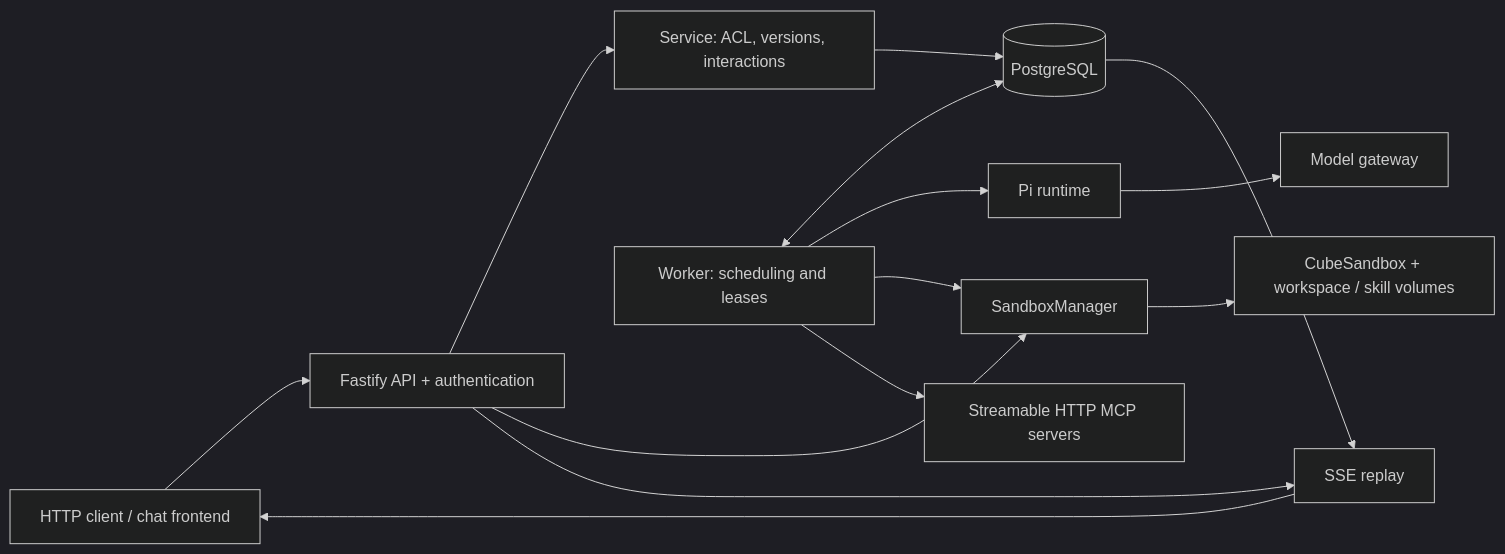
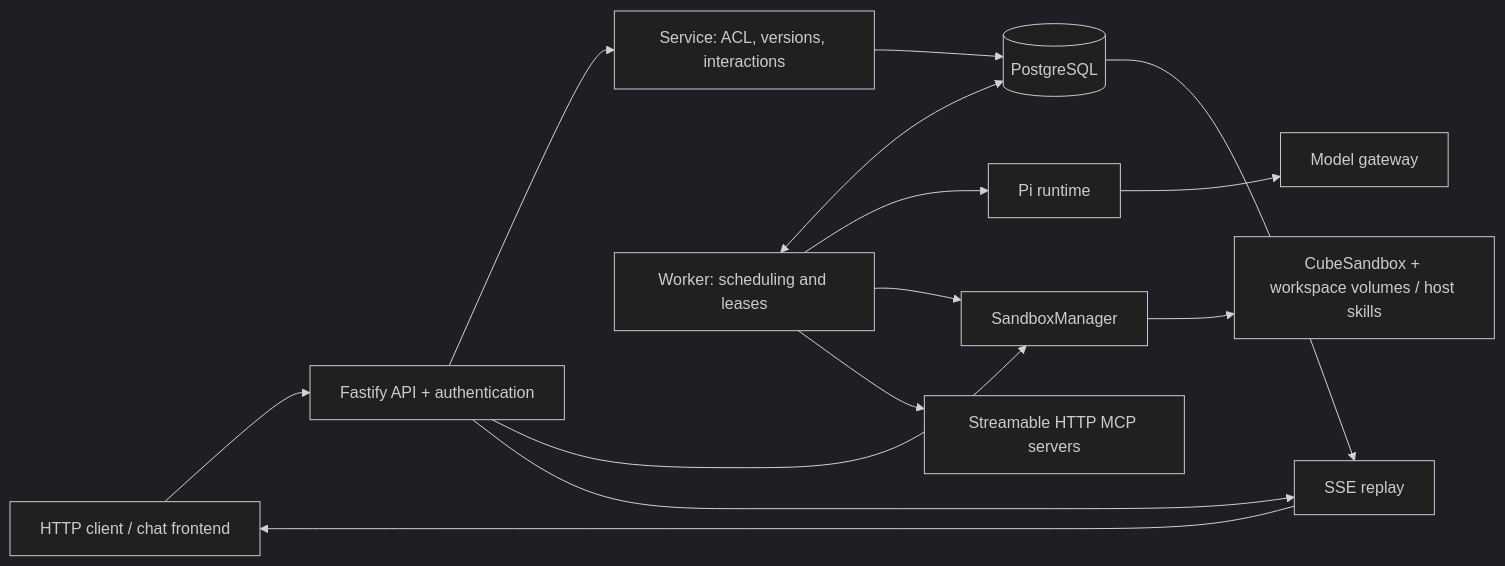
Before and after one commit to Garhorne0813/pi-flow: the diagram in docs/architecture.md, drawn with Mermaid (dark theme). The commit also changed other lines of this file and 11 other files, not shown here.

Commit message:
fix: default skill mounts to hostPath

````diff
--- a/docs/architecture.md
+++ b/docs/architecture.md
@@ -9,16 +9,16 @@
 ```mermaid
 flowchart LR
     Client[HTTP client / chat frontend] --> API[Fastify API + authentication]
     API --> Service[Service: ACL, versions, interactions]
     Service --> DB[(PostgreSQL)]
     API --> Manager[SandboxManager]
     Worker[Worker: scheduling and leases] <--> DB
     Worker --> Pi[Pi runtime]
     Pi --> Gateway[Model gateway]
     Worker --> Manager
-    Manager --> Cube[CubeSandbox + workspace / skill volumes]
+    Manager --> Cube[CubeSandbox + workspace volumes / host skills]
     Worker --> MCP[Streamable HTTP MCP servers]
     API --> SSE[SSE replay]
     DB --> SSE
     SSE --> Client
 ```
````
